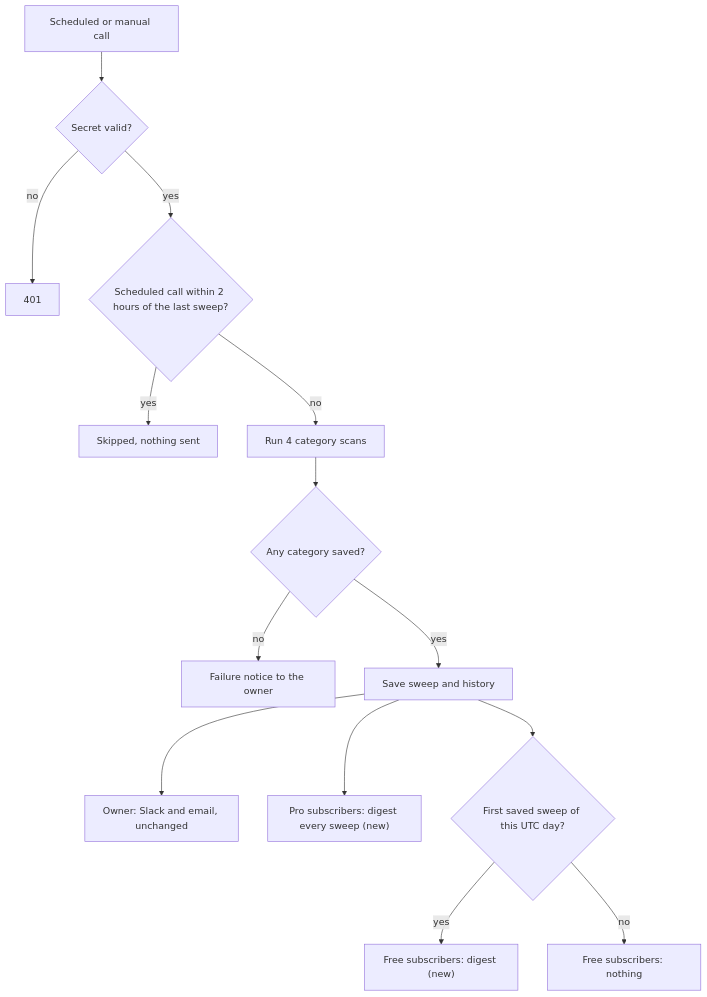
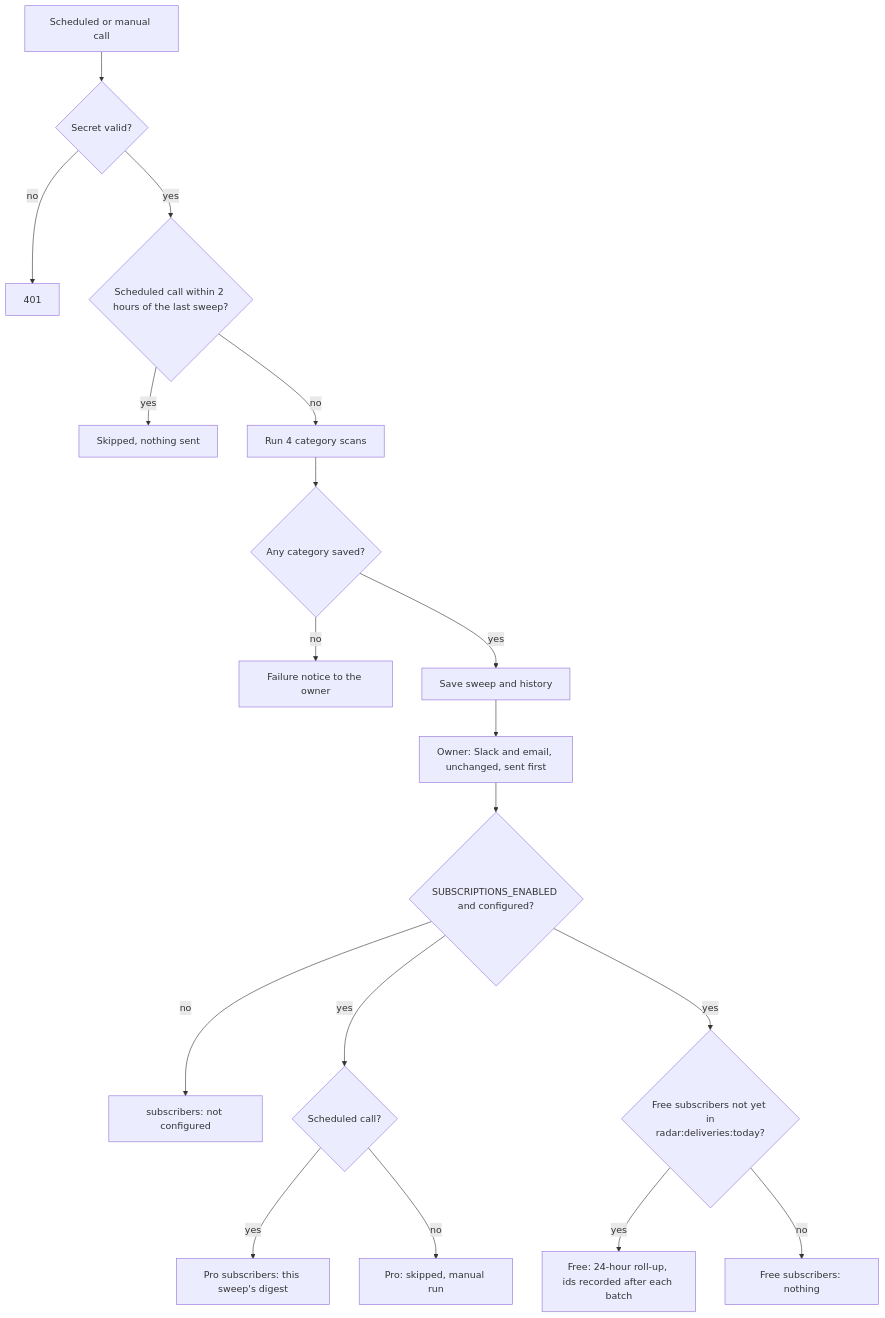
Before and after one commit to bhawnamanglapm/travel-problem-radar-case-study: the third of 6 diagrams in docs/subscriptions/architecture.md, drawn with Mermaid. The commit also changed other lines of this file and 1 other file, not shown here.

````diff
--- a/docs/subscriptions/architecture.md
+++ b/docs/subscriptions/architecture.md
@@ -83,16 +89,20 @@
 ```mermaid
 flowchart TD
   A[Scheduled or manual call] --> B{Secret valid?}
   B -- no --> X[401]
   B -- yes --> C{Scheduled call within 2 hours of the last sweep?}
   C -- yes --> Y[Skipped, nothing sent]
   C -- no --> D[Run 4 category scans]
   D --> E{Any category saved?}
   E -- no --> F[Failure notice to the owner]
   E -- yes --> G[Save sweep and history]
-  G --> H["Owner: Slack and email, unchanged"]
-  G --> I["Pro subscribers: digest every sweep (new)"]
-  G --> J{First saved sweep of this UTC day?}
-  J -- yes --> K["Free subscribers: digest (new)"]
+  G --> H["Owner: Slack and email, unchanged, sent first"]
+  H --> S{SUBSCRIPTIONS_ENABLED and configured?}
+  S -- no --> N["subscribers: not configured"]
+  S -- yes --> P{Scheduled call?}
+  P -- yes --> I["Pro subscribers: this sweep's digest"]
+  P -- no --> Q["Pro: skipped, manual run"]
+  S -- yes --> J{"Free subscribers not yet in<br/>radar:deliveries:today?"}
+  J -- yes --> K["Free: 24-hour roll-up, ids recorded after each batch"]
   J -- no --> L[Free subscribers: nothing]
 ```
````
